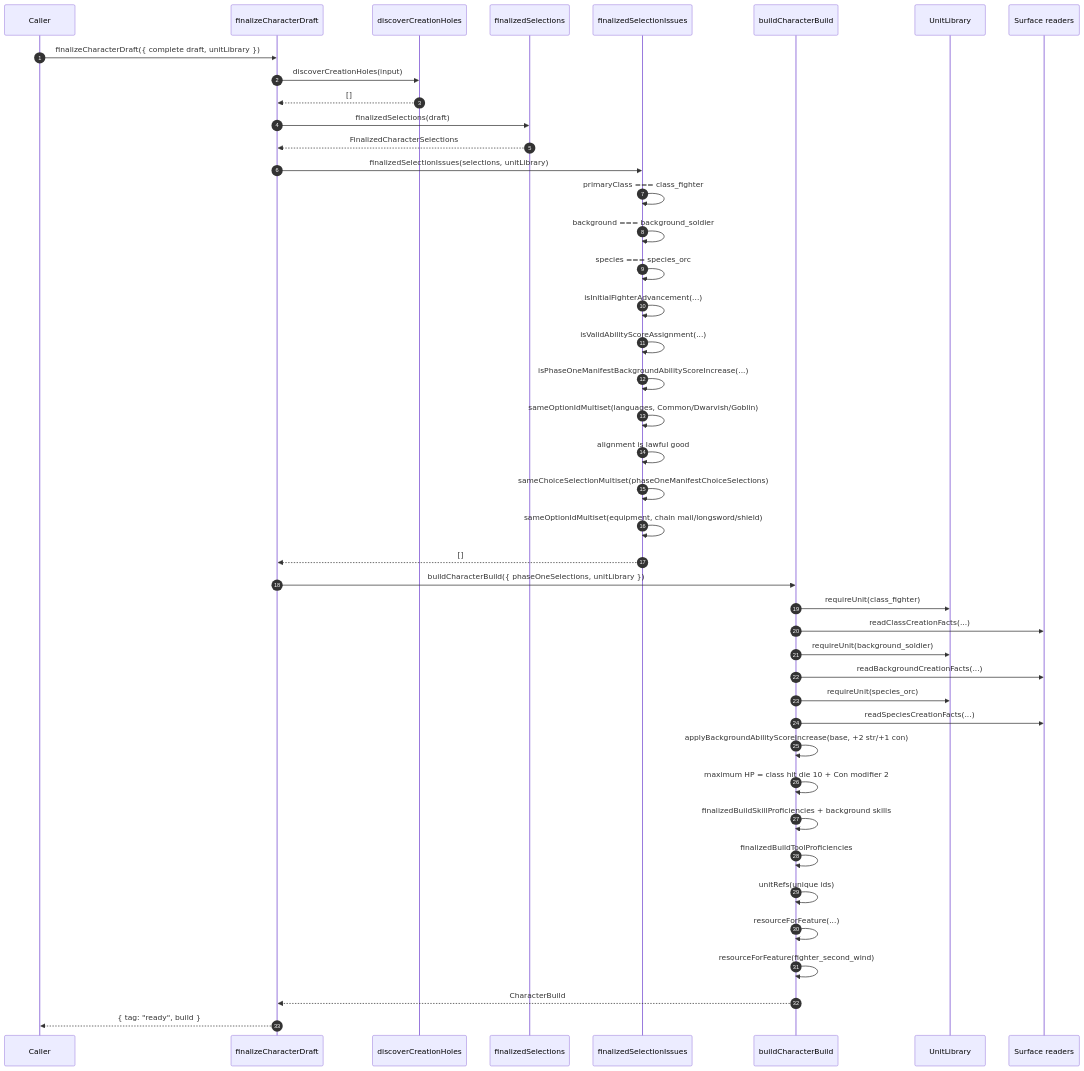
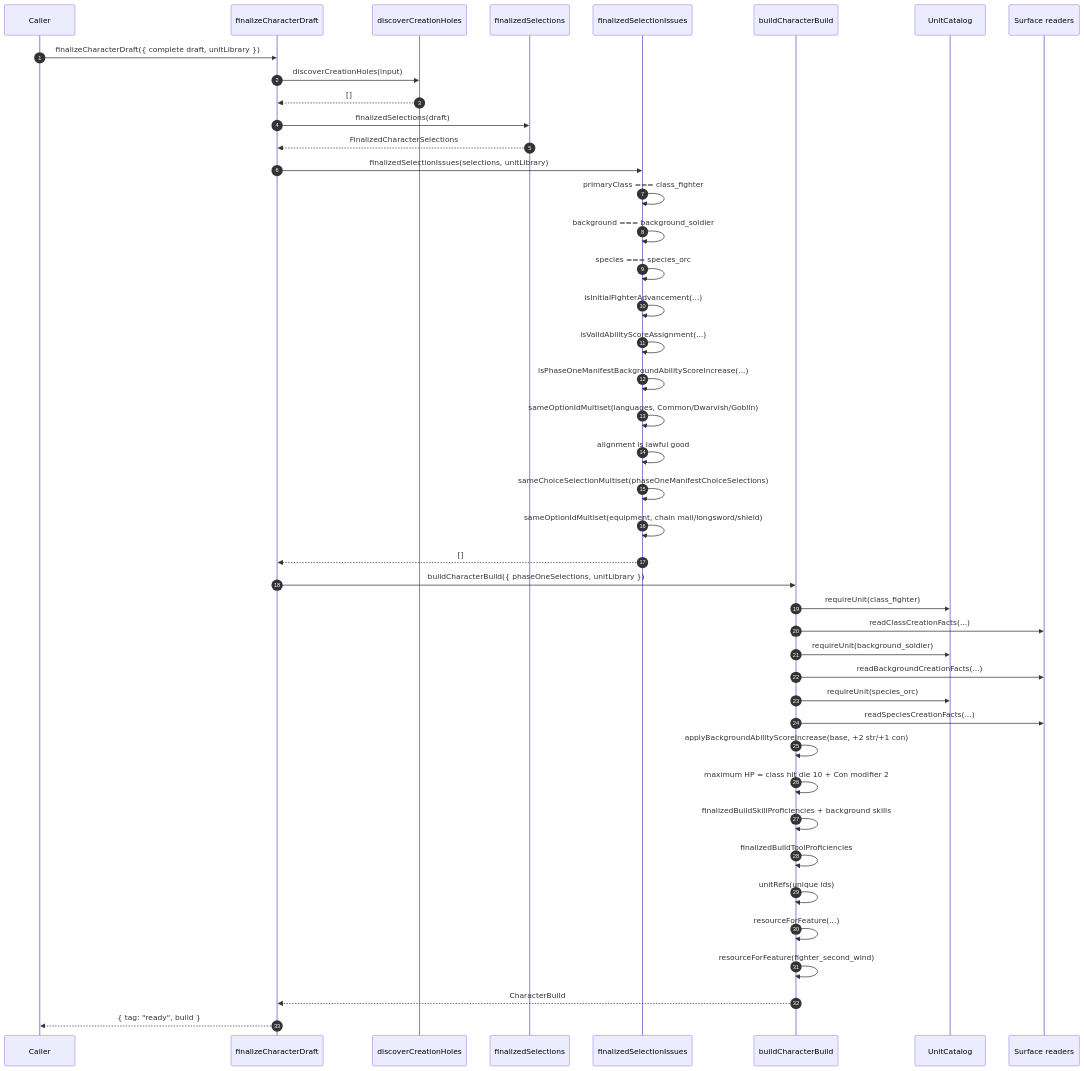
The ninth of 10 diagrams in packages/character-creation-runtime/EXPLANATORY_TIME_DIAGRAM.md (dearlordylord/5e-quint), drawn with Mermaid before and after one commit. The commit also changed other lines of this file and 46 other files, not shown here.

````diff
--- a/packages/character-creation-runtime/EXPLANATORY_TIME_DIAGRAM.md
+++ b/packages/character-creation-runtime/EXPLANATORY_TIME_DIAGRAM.md
@@ -471,46 +471,46 @@
 ```mermaid
 sequenceDiagram
   autonumber
   participant Caller
   participant Runtime as finalizeCharacterDraft
   participant Discover as discoverCreationHoles
   participant Narrow as finalizedSelections
   participant Legal as finalizedSelectionIssues
   participant Build as buildCharacterBuild
-  participant Catalog as UnitLibrary
+  participant Catalog as UnitCatalog
   participant Surface as Surface readers
 
   Caller->>Runtime: finalizeCharacterDraft({ complete draft, unitLibrary })
   Runtime->>Discover: discoverCreationHoles(input)
   Discover-->>Runtime: []
   Runtime->>Narrow: finalizedSelections(draft)
   Narrow-->>Runtime: FinalizedCharacterSelections
   Runtime->>Legal: finalizedSelectionIssues(selections, unitLibrary)
   Legal->>Legal: primaryClass === class_fighter
   Legal->>Legal: background === background_soldier
   Legal->>Legal: species === species_orc
   Legal->>Legal: isInitialFighterAdvancement(...)
   Legal->>Legal: isValidAbilityScoreAssignment(...)
   Legal->>Legal: isPhaseOneManifestBackgroundAbilityScoreIncrease(...)
   Legal->>Legal: sameOptionIdMultiset(languages, Common/Dwarvish/Goblin)
   Legal->>Legal: alignment is lawful good
   Legal->>Legal: sameChoiceSelectionMultiset(phaseOneManifestChoiceSelections)
   Legal->>Legal: sameOptionIdMultiset(equipment, chain mail/longsword/shield)
   Legal-->>Runtime: []
   Runtime->>Build: buildCharacterBuild({ phaseOneSelections, unitLibrary })
   Build->>Catalog: requireUnit(class_fighter)
   Build->>Surface: readClassCreationFacts(...)
   Build->>Catalog: requireUnit(background_soldier)
   Build->>Surface: readBackgroundCreationFacts(...)
   Build->>Catalog: requireUnit(species_orc)
   Build->>Surface: readSpeciesCreationFacts(...)
   Build->>Build: applyBackgroundAbilityScoreIncrease(base, +2 str/+1 con)
   Build->>Build: maximum HP = class hit die 10 + Con modifier 2
   Build->>Build: finalizedBuildSkillProficiencies + background skills
   Build->>Build: finalizedBuildToolProficiencies
   Build->>Build: unitRefs(unique ids)
   Build->>Build: resourceForFeature(...)
   Build->>Build: resourceForFeature(fighter_second_wind)
   Build-->>Runtime: CharacterBuild
   Runtime-->>Caller: { tag: "ready", build }
 ```
````
